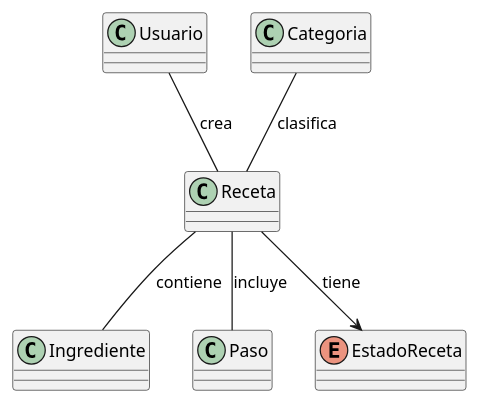
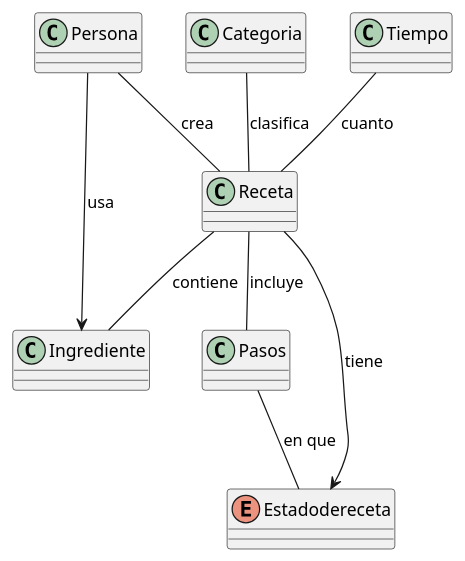
Before and after one commit to mmasias/25-26-IDSW1: the diagram in entregas/Reto_001/diagrama_clases.puml, drawn with PlantUML. The commit also changed 1 other file, not shown here.

Commit message:
Cambio de Diagramas

```diff
--- a/entregas/Reto_001/diagrama_clases.puml
+++ b/entregas/Reto_001/diagrama_clases.puml
@@ -1,15 +1,20 @@
 @startuml
 class Receta
 class Ingrediente
-class Paso
-class Usuario
+class Pasos
+class Persona
 class Categoria
-enum EstadoReceta
+class Tiempo
+enum Estadodereceta
 
 Receta -- Ingrediente : contiene
-Receta -- Paso : incluye
-Usuario -- Receta : crea
+Receta -- Pasos : incluye
+Persona -- Receta : crea
 Categoria -- Receta : clasifica
-Receta --> EstadoReceta : tiene
+Receta --> Estadodereceta : tiene
+Tiempo -- Receta : cuanto
+Pasos -- Estadodereceta : en que
+Persona --> Ingrediente : usa
+
 
 @enduml
```
